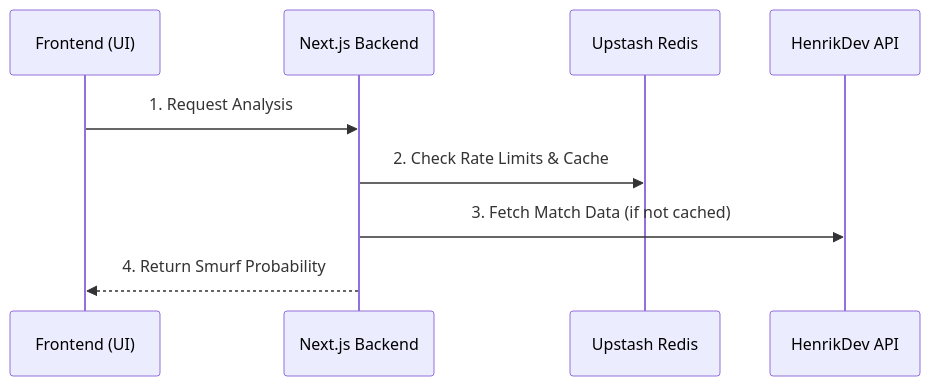
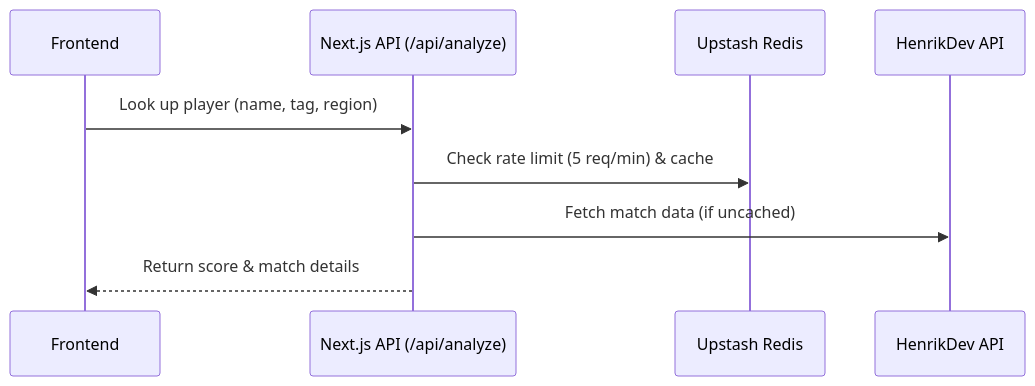
One commit to asperavl/cypherscan changed the diagram in README.md. Above: the diagram before and after it, drawn with Mermaid. The commit also changed other lines of this file and 13 other files, not shown here.

````diff
--- a/README.md
+++ b/README.md
@@ -44,12 +37,12 @@
 ```mermaid
 sequenceDiagram
-    participant Client as Frontend (UI)
-    participant API as Next.js Backend
+    participant Client as Frontend
+    participant Server as Next.js API (/api/analyze)
     participant Redis as Upstash Redis
     participant Henrik as HenrikDev API
 
-    Client->>API: 1. Request Analysis
-    API->>Redis: 2. Check Rate Limits & Cache
-    API->>Henrik: 3. Fetch Match Data (if not cached)
-    API-->>Client: 4. Return Smurf Probability
+    Client->>Server: Look up player (name, tag, region)
+    Server->>Redis: Check rate limit (5 req/min) & cache
+    Server->>Henrik: Fetch match data (if uncached)
+    Server-->>Client: Return score & match details
 ```
````
